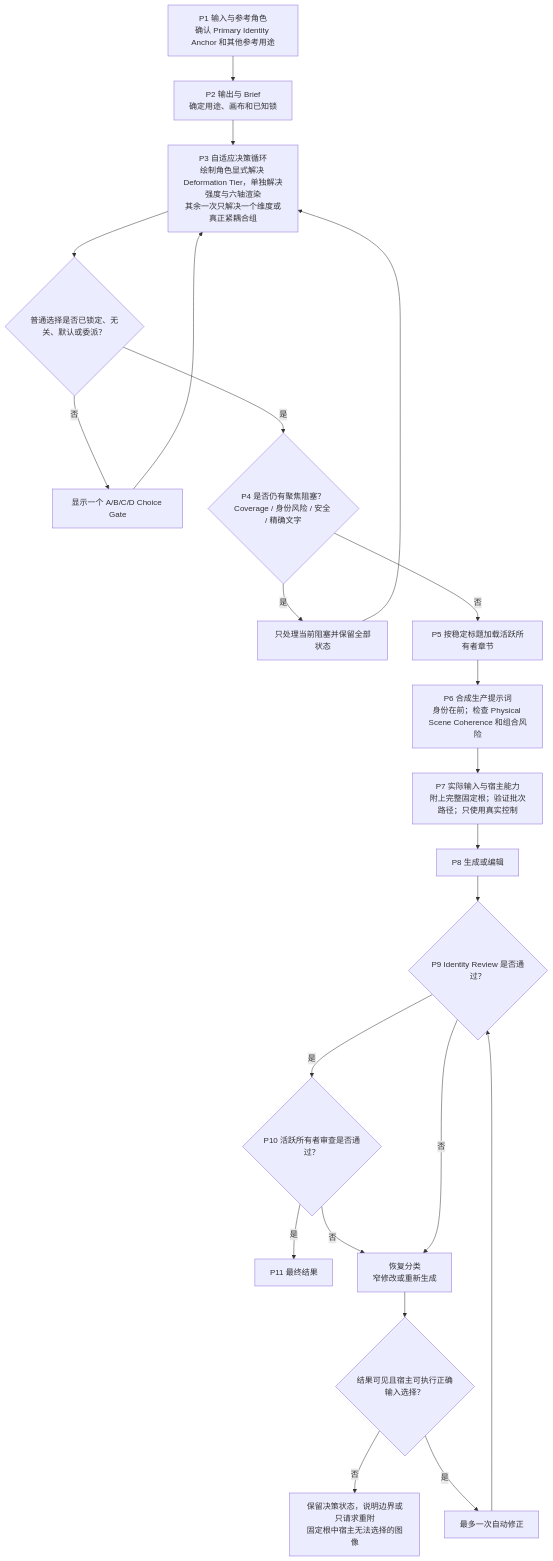
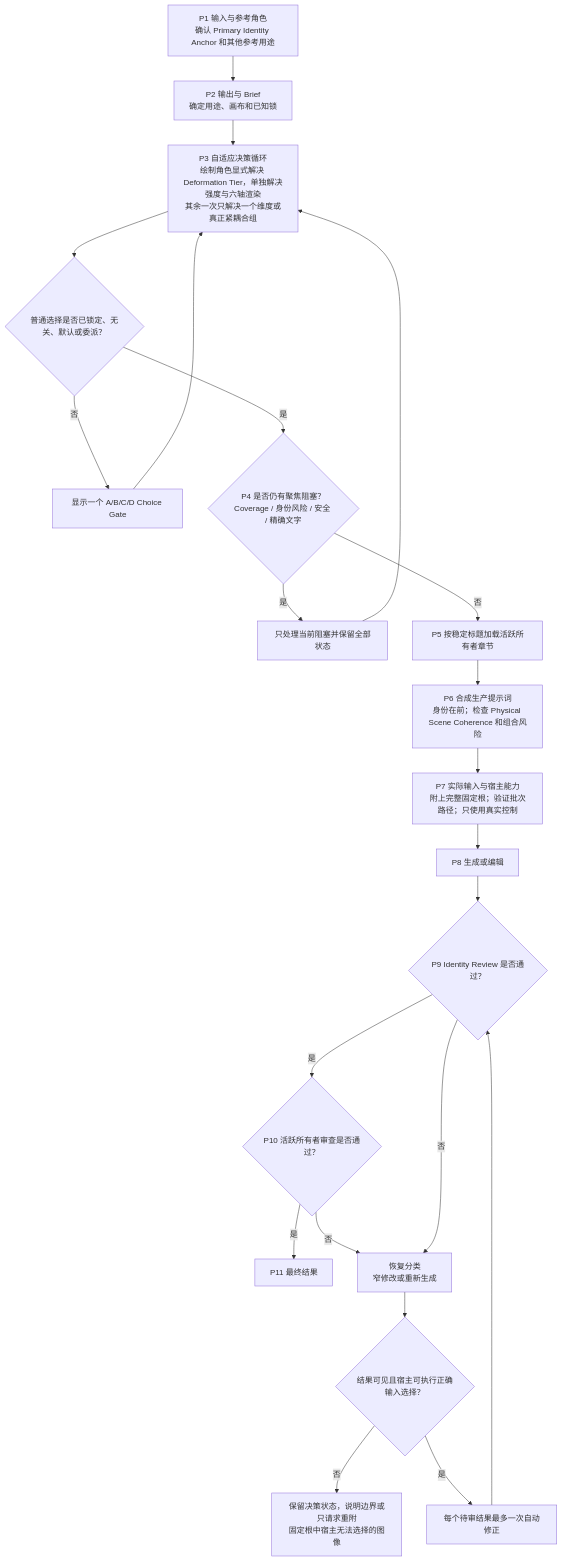
One commit to cyaoc/cast-me changed the fourth of 13 diagrams in docs/architecture.md. Above: the diagram before and after it, drawn with Mermaid. The commit also changed other lines of this file and 5 other files, not shown here.

````diff
--- a/docs/architecture.md
+++ b/docs/architecture.md
@@ -217,24 +218,24 @@
 ```mermaid
 flowchart TD
     P1["P1 输入与参考角色<br/>确认 Primary Identity Anchor 和其他参考用途"] --> P2["P2 输出与 Brief<br/>确定用途、画布和已知锁"]
     P2 --> P3["P3 自适应决策循环<br/>绘制角色显式解决 Deformation Tier，单独解决强度与六轴渲染<br/>其余一次只解决一个维度或真正紧耦合组"]
     P3 --> ORDINARY{"普通选择是否已锁定、无关、默认或委派？"}
     ORDINARY -- 否 --> GATE["显示一个 A/B/C/D Choice Gate"]
     GATE --> P3
     ORDINARY -- 是 --> P4{"P4 是否仍有聚焦阻塞？<br/>Coverage / 身份风险 / 安全 / 精确文字"}
     P4 -- 是 --> FOCUSED["只处理当前阻塞并保留全部状态"]
     FOCUSED --> P3
     P4 -- 否 --> P5["P5 按稳定标题加载活跃所有者章节"]
     P5 --> P6["P6 合成生产提示词<br/>身份在前；检查 Physical Scene Coherence 和组合风险"]
     P6 --> P7["P7 实际输入与宿主能力<br/>附上完整固定根；验证批次路径；只使用真实控制"]
     P7 --> P8["P8 生成或编辑"]
     P8 --> P9{"P9 Identity Review 是否通过？"}
     P9 -- 是 --> P10{"P10 活跃所有者审查是否通过？"}
     P10 -- 是 --> P11["P11 最终结果"]
     P10 -- 否 --> RECOVERY["恢复分类<br/>窄修改或重新生成"]
     P9 -- 否 --> RECOVERY
     RECOVERY --> CAPABLE{"结果可见且宿主可执行正确输入选择？"}
     CAPABLE -- 否 --> STOP["保留决策状态，说明边界或只请求重附<br/>固定根中宿主无法选择的图像"]
-    CAPABLE -- 是 --> ONCE["最多一次自动修正"]
+    CAPABLE -- 是 --> ONCE["每个待审结果最多一次自动修正"]
     ONCE --> P9
 ```
````
